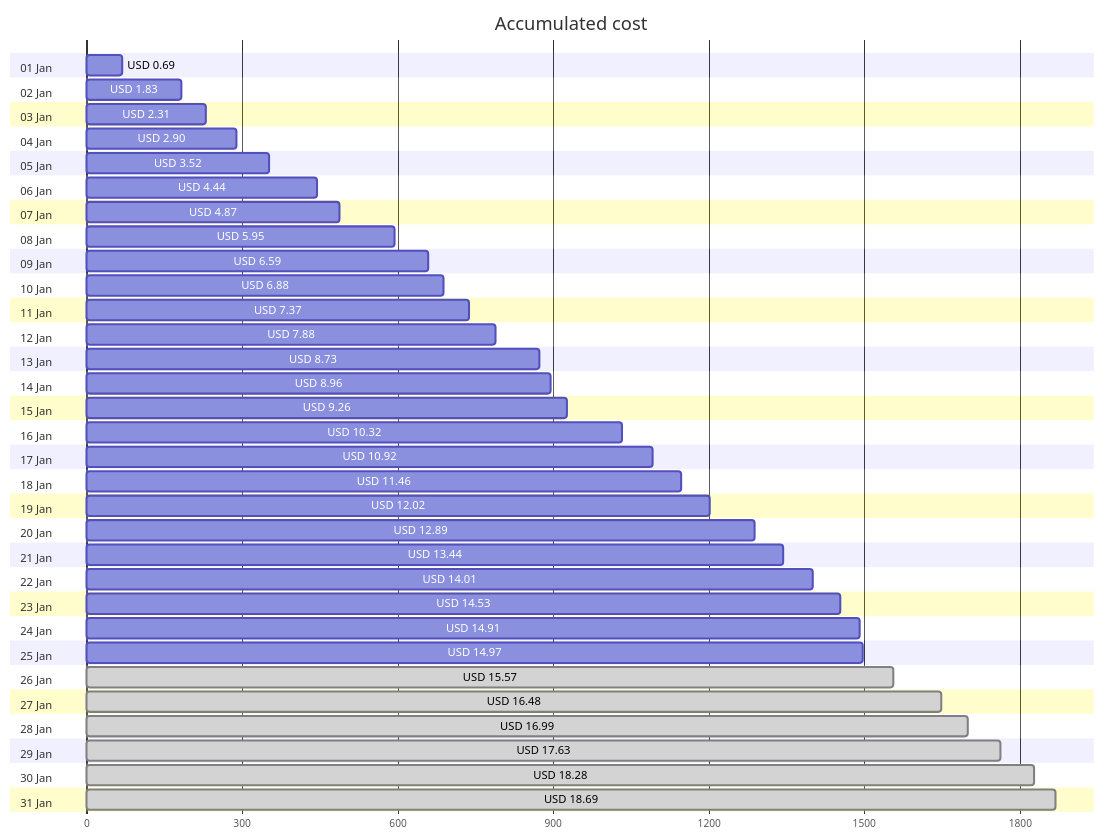
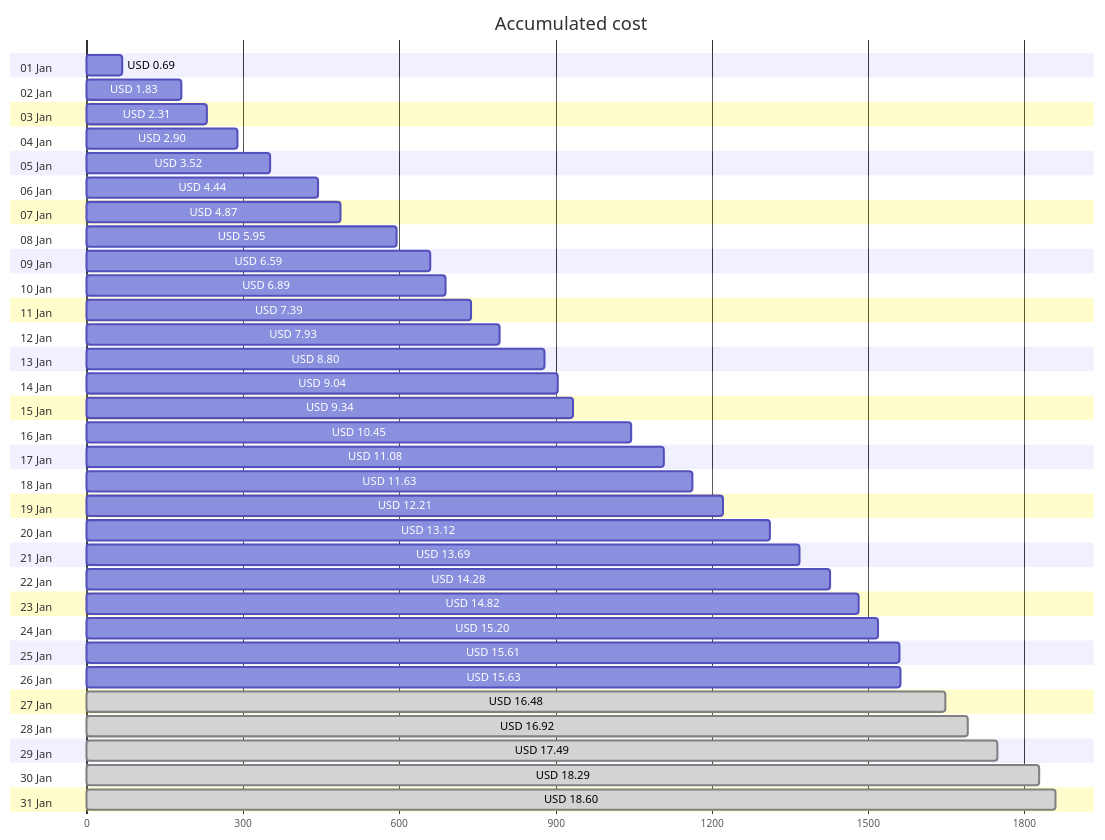
One commit to jpfulton/azure-personal-reports changed the first of 4 diagrams in cost-reports/personal-network/vpn-server.md. Above: the diagram before and after it, drawn with Mermaid. The commit also changed other lines of this file and 8 other files, not shown here.

````diff
--- a/cost-reports/personal-network/vpn-server.md
+++ b/cost-reports/personal-network/vpn-server.md
@@ -20,68 +20,68 @@
 ```mermaid
 gantt
    title Accumulated cost
    dateFormat  X
    axisFormat %s
    section 01 Jan
    USD 0.69 :0, 69
    section 02 Jan
    USD 1.83 :0, 183
    section 03 Jan
    USD 2.31 :0, 231
    section 04 Jan
    USD 2.90 :0, 290
    section 05 Jan
    USD 3.52 :0, 352
    section 06 Jan
    USD 4.44 :0, 444
    section 07 Jan
    USD 4.87 :0, 487
    section 08 Jan
    USD 5.95 :0, 595
    section 09 Jan
    USD 6.59 :0, 659
    section 10 Jan
-   USD 6.88 :0, 688
+   USD 6.89 :0, 689
    section 11 Jan
-   USD 7.37 :0, 737
+   USD 7.39 :0, 739
    section 12 Jan
-   USD 7.88 :0, 788
+   USD 7.93 :0, 793
    section 13 Jan
-   USD 8.73 :0, 873
+   USD 8.80 :0, 880
    section 14 Jan
-   USD 8.96 :0, 896
+   USD 9.04 :0, 904
    section 15 Jan
-   USD 9.26 :0, 926
+   USD 9.34 :0, 934
    section 16 Jan
-   USD 10.32 :0, 1032
+   USD 10.45 :0, 1045
    section 17 Jan
-   USD 10.92 :0, 1092
+   USD 11.08 :0, 1108
    section 18 Jan
-   USD 11.46 :0, 1146
+   USD 11.63 :0, 1163
    section 19 Jan
-   USD 12.02 :0, 1202
+   USD 12.21 :0, 1221
    section 20 Jan
-   USD 12.89 :0, 1289
+   USD 13.12 :0, 1312
    section 21 Jan
-   USD 13.44 :0, 1344
+   USD 13.69 :0, 1369
    section 22 Jan
-   USD 14.01 :0, 1401
+   USD 14.28 :0, 1428
    section 23 Jan
-   USD 14.53 :0, 1453
+   USD 14.82 :0, 1482
    section 24 Jan
-   USD 14.91 :0, 1491
+   USD 15.20 :0, 1520
    section 25 Jan
-   USD 14.97 :0, 1497
+   USD 15.61 :0, 1561
    section 26 Jan
-   USD 15.57 : done, 0, 1557
+   USD 15.63 :0, 1563
    section 27 Jan
    USD 16.48 : done, 0, 1648
    section 28 Jan
-   USD 16.99 : done, 0, 1699
+   USD 16.92 : done, 0, 1692
    section 29 Jan
-   USD 17.63 : done, 0, 1763
+   USD 17.49 : done, 0, 1749
    section 30 Jan
-   USD 18.28 : done, 0, 1828
+   USD 18.29 : done, 0, 1829
    section 31 Jan
-   USD 18.69 : done, 0, 1869
+   USD 18.60 : done, 0, 1860
 ```
````
